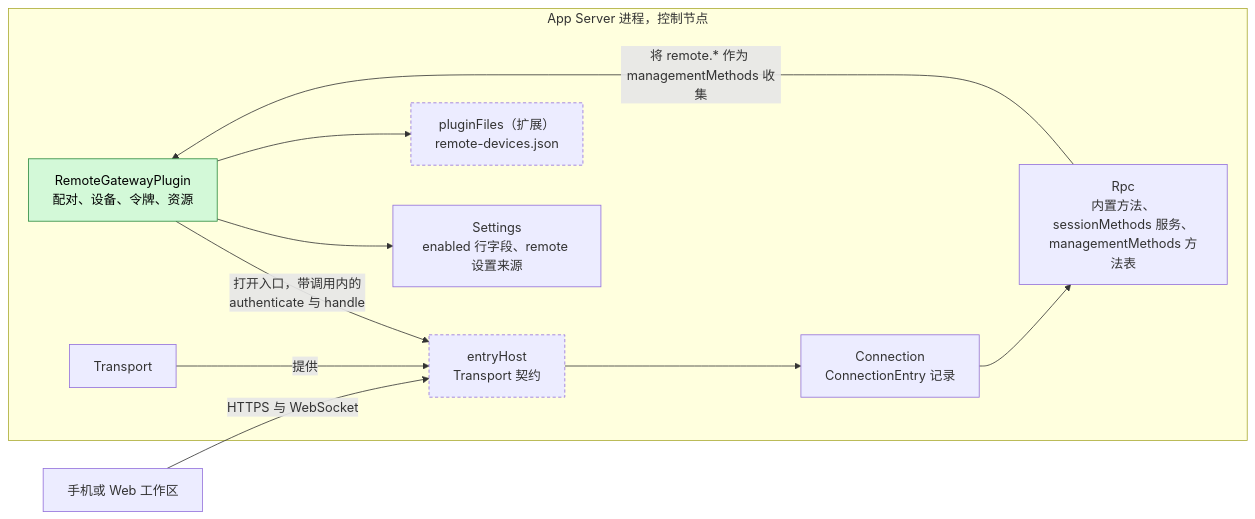
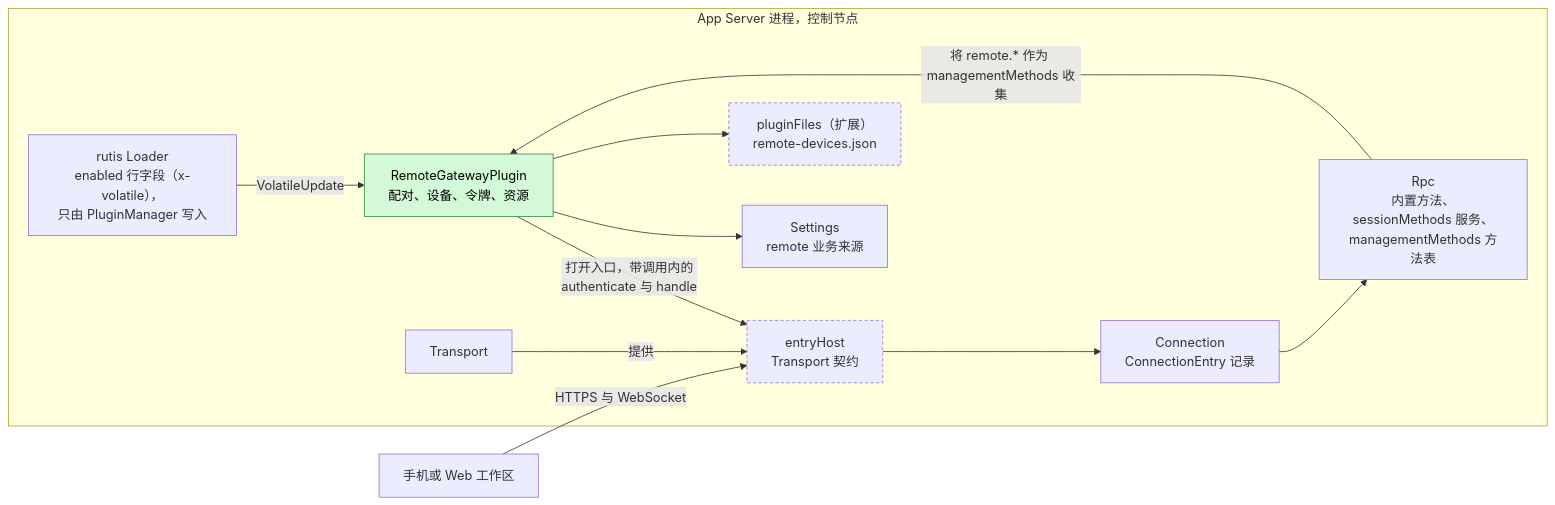
The first of 6 diagrams in docs/zh/design/plugins/RemoteGateway.md (CoutinhoTTS/dim-agent), drawn with Mermaid before and after one commit. The commit also changed other lines of this file and 40 other files, not shown here.

````diff
--- a/docs/zh/design/plugins/RemoteGateway.md
+++ b/docs/zh/design/plugins/RemoteGateway.md
@@ -9,23 +9,25 @@
 ```mermaid
 flowchart LR
   subgraph P["App Server 进程，控制节点"]
     RG["RemoteGatewayPlugin<br/>配对、设备、令牌、资源"]:::new
     EH["entryHost<br/>Transport 契约"]:::contract
     TR["Transport"]
     CONN["Connection<br/>ConnectionEntry 记录"]
     RPC["Rpc<br/>内置方法、sessionMethods 服务、<br/>managementMethods 方法表"]
-    SET["Settings<br/>enabled 行字段、remote 设置来源"]
+    SET["Settings<br/>remote 业务来源"]
+    LDR["rutis Loader<br/>enabled 行字段（x-volatile），<br/>只由 PluginManager 写入"]
     PST["pluginFiles（扩展）<br/>remote-devices.json"]:::contract
   end
   DEV["手机或 Web 工作区"]
   DEV -->|"HTTPS 与 WebSocket"| EH
   RG -->|"打开入口，带调用内的<br/>authenticate 与 handle"| EH
   TR -->|"提供"| EH
   EH --> CONN
   CONN --> RPC
   RPC -->|"将 remote.* 作为 managementMethods 收集"| RG
   RG --> SET
+  LDR -->|"VolatileUpdate"| RG
   RG --> PST
   classDef new fill:#d3f9d8,stroke:#2b8a3e,color:#000
   classDef contract stroke-dasharray:4 3
 ```
````
